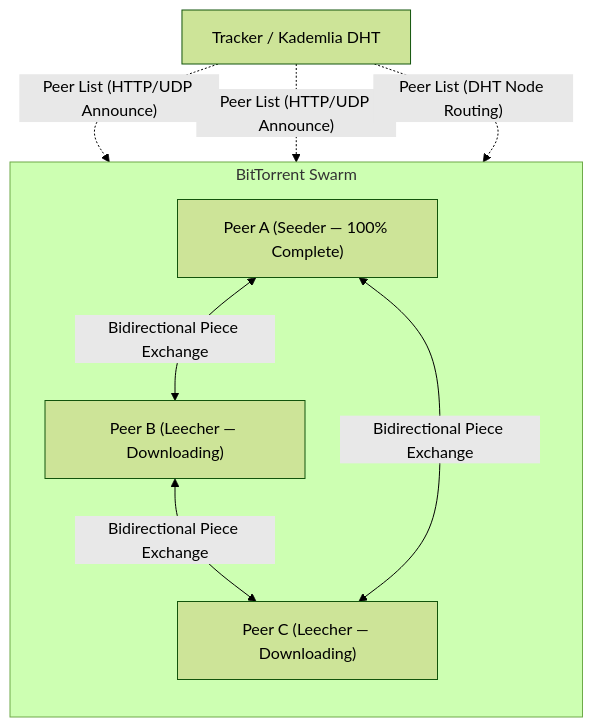
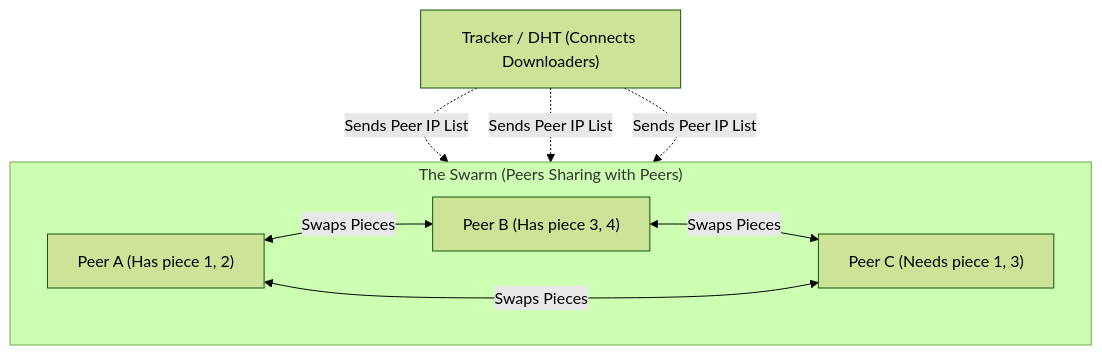
Before and after one commit to KhornVictor-Learning/DistributedSystems: the second of 6 diagrams in C2-System model/TP3.md, drawn with Mermaid (forest theme). The commit also changed other lines of this file, not shown here.

````diff
--- a/C2-System model/TP3.md
+++ b/C2-System model/TP3.md
@@ -248,19 +152,19 @@
 ```mermaid
 flowchart TD
-    Tracker["Tracker / Kademlia DHT"]
+    Tracker["Tracker / DHT (Connects Downloaders)"]
 
-    subgraph Swarm["BitTorrent Swarm"]
-        direction TB
-        PeerA["Peer A (Seeder — 100% Complete)"]
-        PeerB["Peer B (Leecher — Downloading)"]
-        PeerC["Peer C (Leecher — Downloading)"]
+    subgraph Swarm["The Swarm (Peers Sharing with Peers)"]
+        direction LR
+        PeerA["Peer A (Has piece 1, 2)"]
+        PeerB["Peer B (Has piece 3, 4)"]
+        PeerC["Peer C (Needs piece 1, 3)"]
 
-        PeerA <-->|"Bidirectional Piece Exchange"| PeerB
-        PeerB <-->|"Bidirectional Piece Exchange"| PeerC
-        PeerA <-->|"Bidirectional Piece Exchange"| PeerC
+        PeerA <-->|"Swaps Pieces"| PeerB
+        PeerB <-->|"Swaps Pieces"| PeerC
+        PeerA <-->|"Swaps Pieces"| PeerC
     end
 
-    Tracker -.->|"Peer List (HTTP/UDP Announce)"| PeerA
-    Tracker -.->|"Peer List (HTTP/UDP Announce)"| PeerB
-    Tracker -.->|"Peer List (DHT Node Routing)"| PeerC
+    Tracker -.->|"Sends Peer IP List"| PeerA
+    Tracker -.->|"Sends Peer IP List"| PeerB
+    Tracker -.->|"Sends Peer IP List"| PeerC
 ```
````
